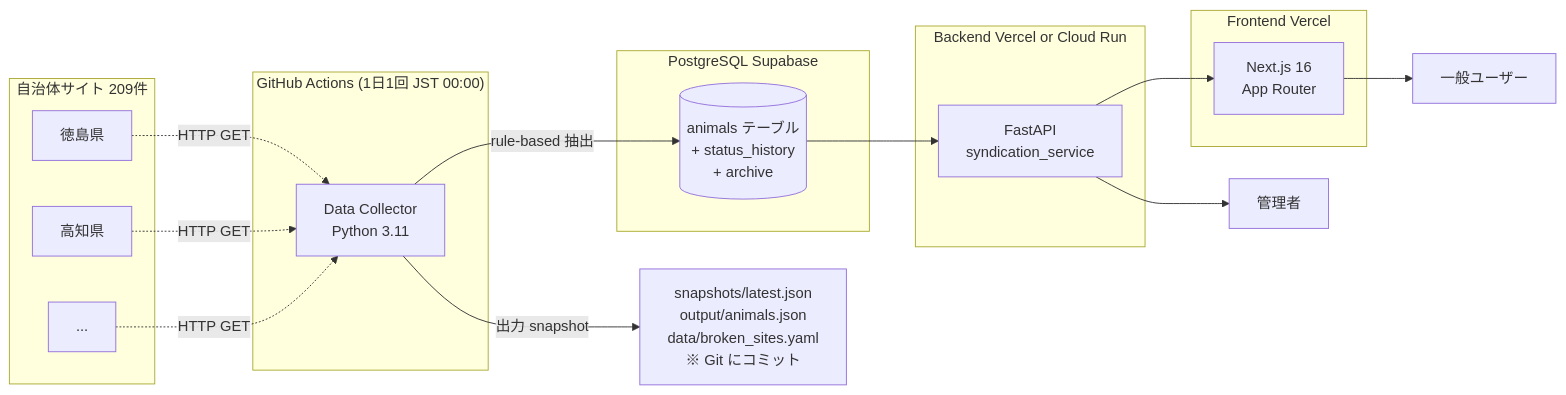
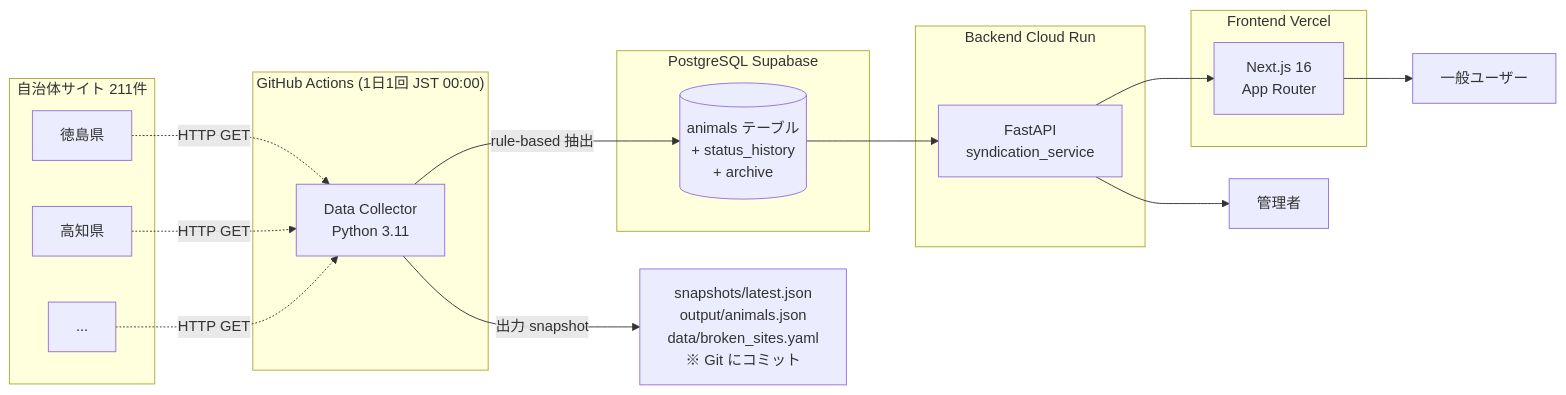
One commit to 9mak/oneco changed the diagram in ARCHITECTURE.md. Above: the diagram before and after it, drawn with Mermaid. The commit also changed other lines of this file and 19 other files, not shown here.

````diff
--- a/ARCHITECTURE.md
+++ b/ARCHITECTURE.md
@@ -7,36 +7,36 @@
 ```mermaid
 flowchart LR
-    subgraph "自治体サイト 209件"
+    subgraph "自治体サイト 211件"
         S1[徳島県]
         S2[高知県]
         S3[...]
     end
 
     subgraph "GitHub Actions (1日1回 JST 00:00)"
         DC[Data Collector<br/>Python 3.11]
     end
 
     subgraph "PostgreSQL Supabase"
         DB[(animals テーブル<br/>+ status_history<br/>+ archive)]
     end
 
-    subgraph "Backend Vercel or Cloud Run"
+    subgraph "Backend Cloud Run"
         API[FastAPI<br/>syndication_service]
     end
 
     subgraph "Frontend Vercel"
         WEB[Next.js 16<br/>App Router]
     end
 
     USERS[一般ユーザー]
     ADMIN[管理者]
 
     S1 & S2 & S3 -.HTTP GET.-> DC
     DC --rule-based 抽出--> DB
     DC --出力 snapshot--> SNAP[snapshots/latest.json<br/>output/animals.json<br/>data/broken_sites.yaml<br/>※ Git にコミット]
 
     DB --> API
     API --> WEB
     WEB --> USERS
     API --> ADMIN
 ```
````
